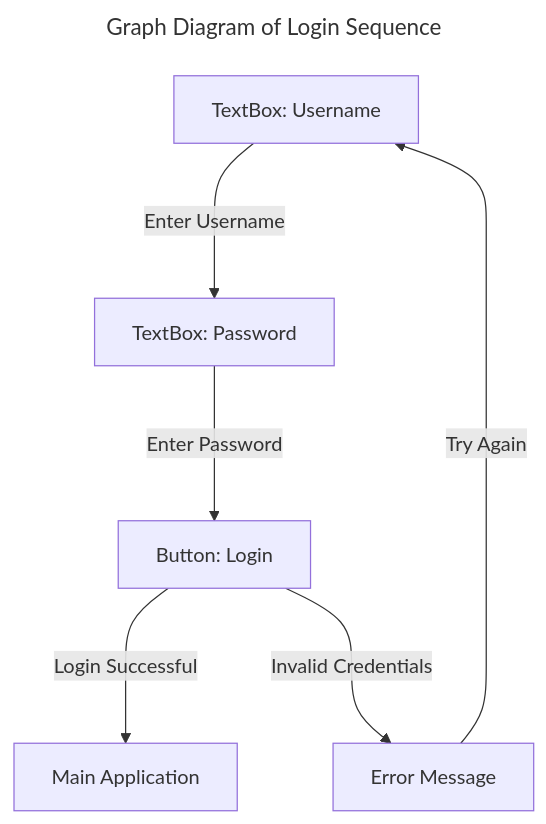
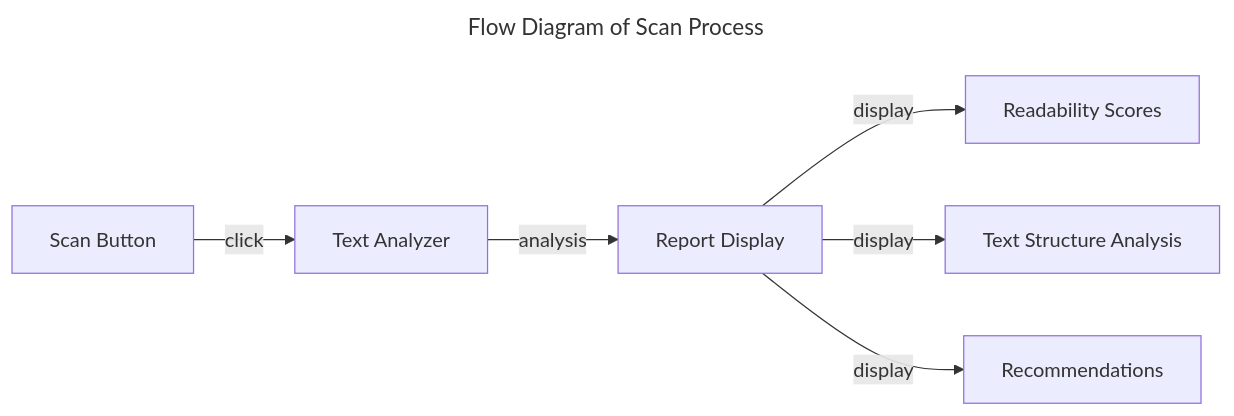
The sixth of 7 diagrams in README.md (anrichp/Computing-Project-2024), drawn with Mermaid before and after one commit. The commit also changed other lines of this file, not shown here.

Commit message:
Update user interface diagrams

````diff
--- a/README.md
+++ b/README.md
@@ -209,11 +206,11 @@
 ```mermaid
 ---
-title: Graph Diagram of Login Sequence
+title: Flow Diagram of Scan Process
 ---
-graph TD
-    A[TextBox: Username] ---> | Enter Username | B[TextBox: Password]
-    B ---> | Enter Password | C[Button: Login]
-    C ---> | Login Successful | D[Main Application]
-    C ---> | Invalid Credentials | E[Error Message]
-    E ---> | Try Again | A
+flowchart LR
+    A[Scan Button] -- click --> B[Text Analyzer]
+    B -- analysis --> C[Report Display]
+    C -- display --> D[Readability Scores]
+    C -- display --> E[Text Structure Analysis]
+    C -- display --> F[Recommendations]
 ```
````
